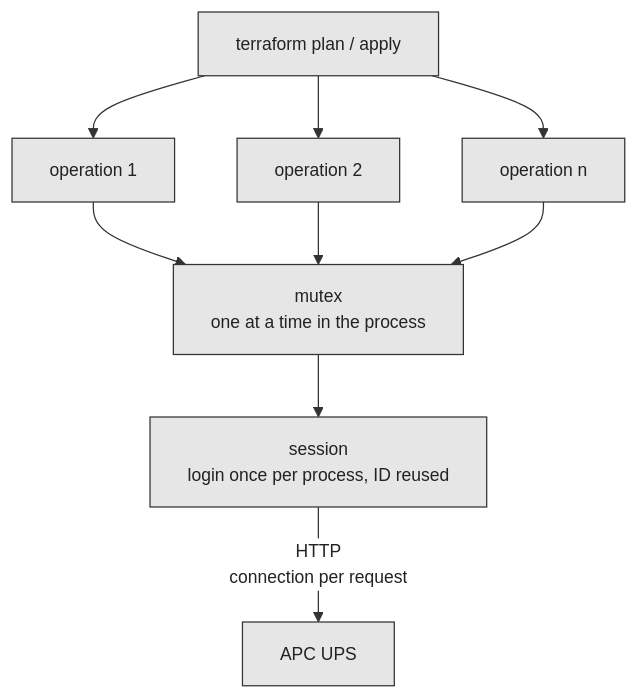
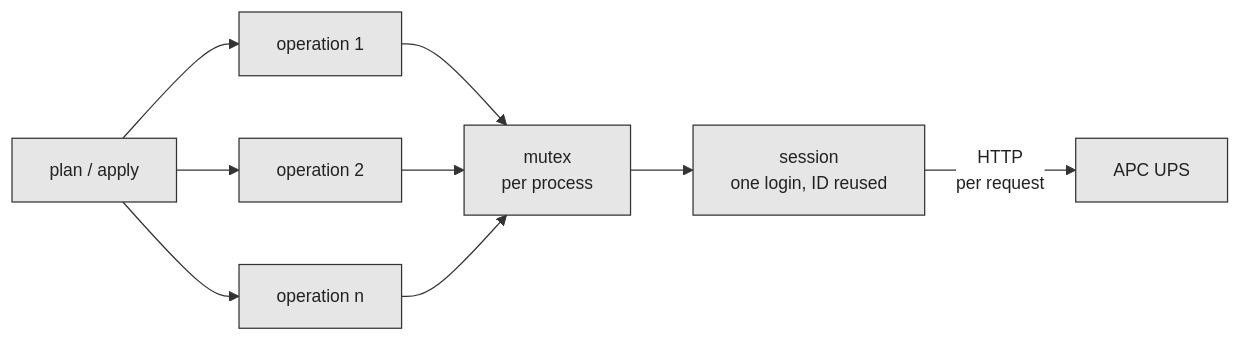
The diagram in diagrams/2026-02-22-terraform-provider-apc-session.mmd (usabarashi/blog), drawn with Mermaid before and after one commit. The commit also changed 5 other files, not shown here.

First line of the commit message:
Refactor diagrams for Terraform provider APC

```diff
--- a/diagrams/2026-02-22-terraform-provider-apc-session.mmd
+++ b/diagrams/2026-02-22-terraform-provider-apc-session.mmd
@@ -1,17 +1,17 @@
 %%{init: {"theme": "base", "themeVariables": {"fontFamily": "system-ui, -apple-system, Hiragino Sans, sans-serif", "fontSize": "14px", "primaryColor": "#e6e6e6", "primaryBorderColor": "#333333", "primaryTextColor": "#222222", "lineColor": "#333333", "clusterBkg": "#f7f7f7", "clusterBorder": "#333333", "edgeLabelBackground": "#ffffff", "tertiaryColor": "#f7f7f7"}, "flowchart": {"wrappingWidth": 400}}}%%
-flowchart TB
-    T["terraform plan / apply"]
+flowchart LR
+    T["plan / apply"]
     O1["operation 1"]
     O2["operation 2"]
     O3["operation n"]
-    M["mutex<br/>one at a time in the process"]
-    S["session<br/>login once per process, ID reused"]
+    M["mutex<br/>per process"]
+    S["session<br/>one login, ID reused"]
     U["APC UPS"]
     T --> O1
     T --> O2
     T --> O3
     O1 --> M
     O2 --> M
     O3 --> M
     M --> S
-    S -->|"HTTP<br/>connection per request"| U
+    S -->|"HTTP<br/>per request"| U
```
